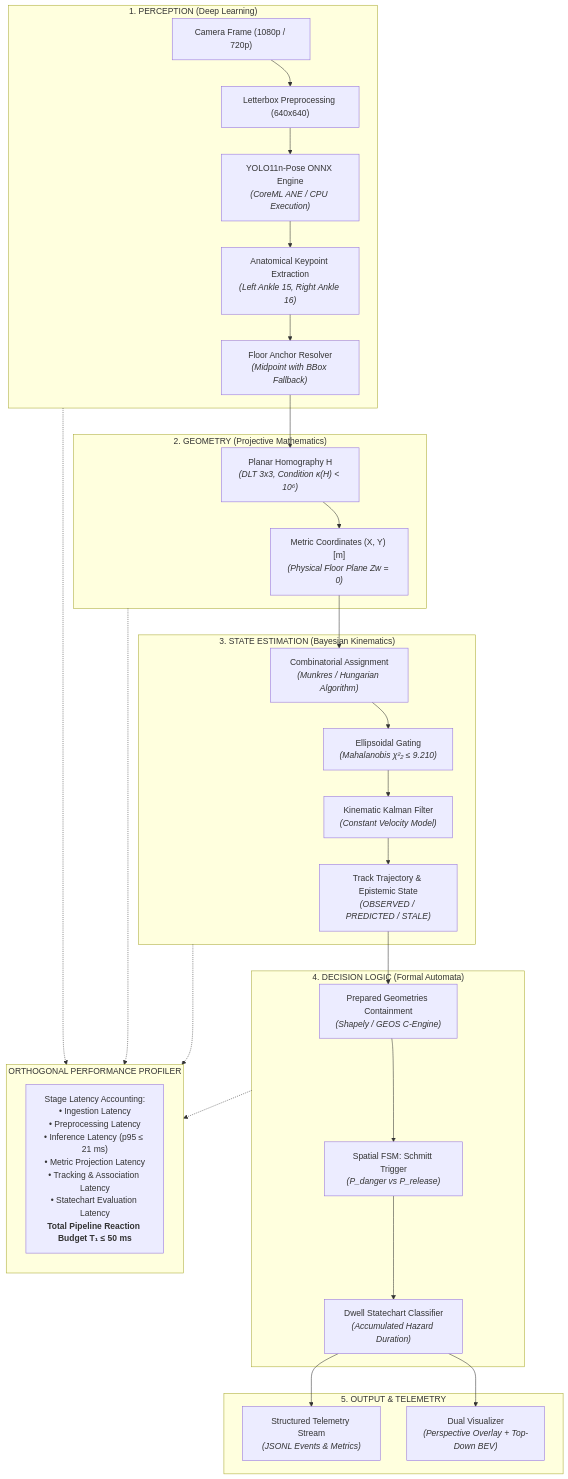
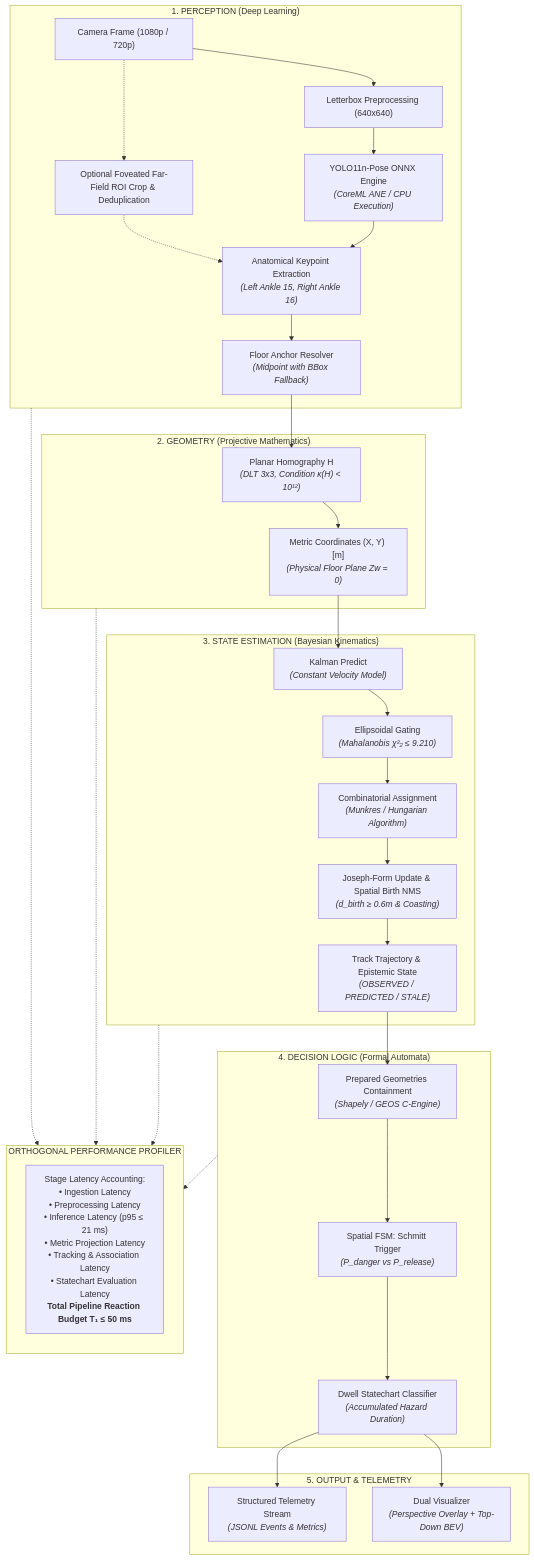
One commit to LeanoA/edge-vision-zone-monitor changed the second of 5 diagrams in MEDIUM_POST.md. Above: the diagram before and after it, drawn with Mermaid. The commit also changed other lines of this file and 8 other files, not shown here.

Commit message:
docs: align diagrams, anchor tiers, geometry, and benchmarks with codebase

````diff
--- a/MEDIUM_POST.md
+++ b/MEDIUM_POST.md
@@ -43,42 +43,45 @@
 ```mermaid
 flowchart TD
     subgraph PERCEPTION ["1. PERCEPTION (Deep Learning)"]
         CAM["Camera Frame (1080p / 720p)"] --> PRE["Letterbox Preprocessing (640x640)"]
+        CAM -.-> ROI["Optional Foveated Far-Field ROI Crop & Deduplication"]
         PRE --> INFER["YOLO11n-Pose ONNX Engine<br/><i>(CoreML ANE / CPU Execution)</i>"]
+        ROI -.-> KP
         INFER --> KP["Anatomical Keypoint Extraction<br/><i>(Left Ankle 15, Right Ankle 16)</i>"]
         KP --> ANCHOR["Floor Anchor Resolver<br/><i>(Midpoint with BBox Fallback)</i>"]
     end
 
     subgraph GEOMETRY ["2. GEOMETRY (Projective Mathematics)"]
-        ANCHOR --> HOMO["Planar Homography H<br/><i>(DLT 3x3, Condition κ(H) < 10⁶)</i>"]
+        ANCHOR --> HOMO["Planar Homography H<br/><i>(DLT 3x3, Condition κ(H) < 10¹²)</i>"]
         HOMO --> METRIC["Metric Coordinates (X, Y) [m]<br/><i>(Physical Floor Plane Zw = 0)</i>"]
     end
 
     subgraph STATE_ESTIMATION ["3. STATE ESTIMATION (Bayesian Kinematics)"]
-        METRIC --> MOT["Combinatorial Assignment<br/><i>(Munkres / Hungarian Algorithm)</i>"]
-        MOT --> GATING["Ellipsoidal Gating<br/><i>(Mahalanobis χ²₂ ≤ 9.210)</i>"]
-        GATING --> KF["Kinematic Kalman Filter<br/><i>(Constant Velocity Model)</i>"]
+        METRIC --> KF_PRED["Kalman Predict<br/><i>(Constant Velocity Model)</i>"]
+        KF_PRED --> GATING["Ellipsoidal Gating<br/><i>(Mahalanobis χ²₂ ≤ 9.210)</i>"]
+        GATING --> MOT["Combinatorial Assignment<br/><i>(Munkres / Hungarian Algorithm)</i>"]
+        MOT --> KF["Joseph-Form Update & Spatial Birth NMS<br/><i>(d_birth ≥ 0.6m & Coasting)</i>"]
         KF --> TRAJ["Track Trajectory & Epistemic State<br/><i>(OBSERVED / PREDICTED / STALE)</i>"]
     end
 
     subgraph DECISION_LOGIC ["4. DECISION LOGIC (Formal Automata)"]
         TRAJ --> GEOS["Prepared Geometries Containment<br/><i>(Shapely / GEOS C-Engine)</i>"]
         GEOS --> FSM["Spatial FSM: Schmitt Trigger<br/><i>(P_danger vs P_release)</i>"]
         FSM --> DWELL["Dwell Statechart Classifier<br/><i>(Accumulated Hazard Duration)</i>"]
     end
 
     subgraph OUTPUT ["5. OUTPUT & TELEMETRY"]
         DWELL --> TELEM["Structured Telemetry Stream<br/><i>(JSONL Events & Metrics)</i>"]
         DWELL --> RENDER["Dual Visualizer<br/><i>(Perspective Overlay + Top-Down BEV)</i>"]
     end
 
     subgraph PROFILER ["ORTHOGONAL PERFORMANCE PROFILER"]
         direction TB
         PROF["Stage Latency Accounting:<br/>• Ingestion Latency<br/>• Preprocessing Latency<br/>• Inference Latency (p95 ≤ 21 ms)<br/>• Metric Projection Latency<br/>• Tracking & Association Latency<br/>• Statechart Evaluation Latency<br/><b>Total Pipeline Reaction Budget T₁ ≤ 50 ms</b>"]
     end
 
     PERCEPTION -.-> PROFILER
     GEOMETRY -.-> PROFILER
     STATE_ESTIMATION -.-> PROFILER
     DECISION_LOGIC -.-> PROFILER
 ```
````
